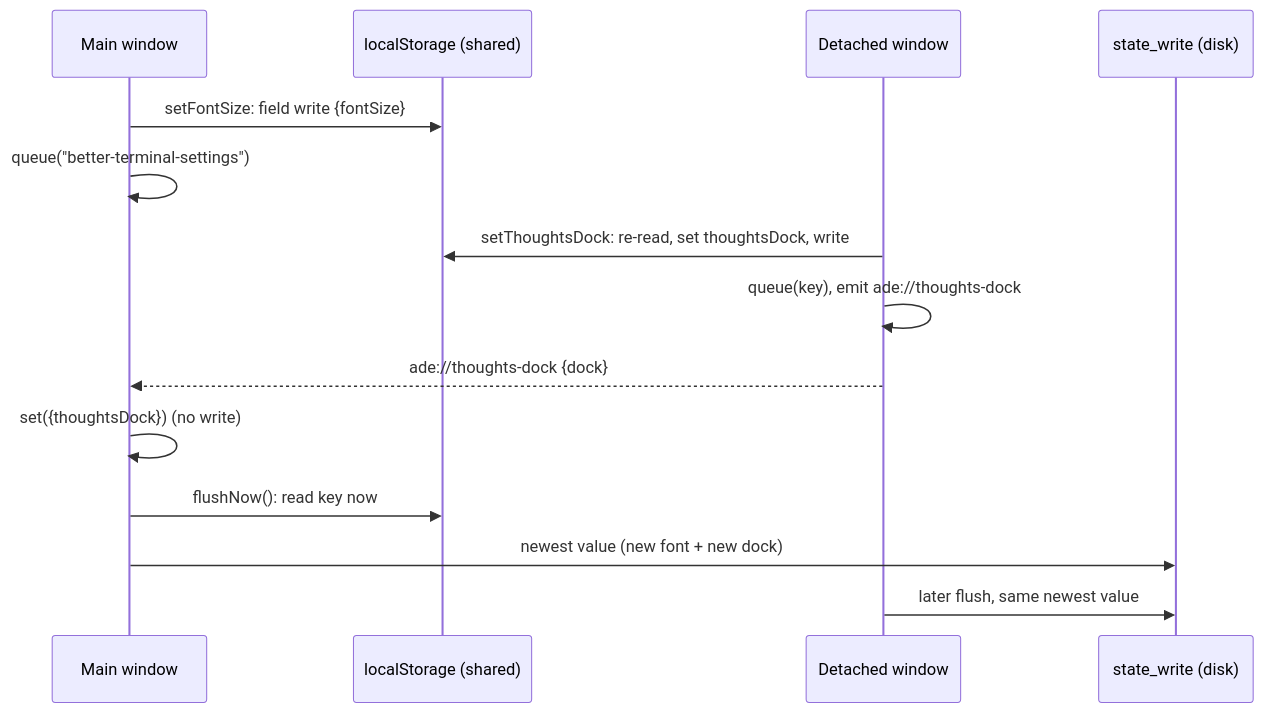
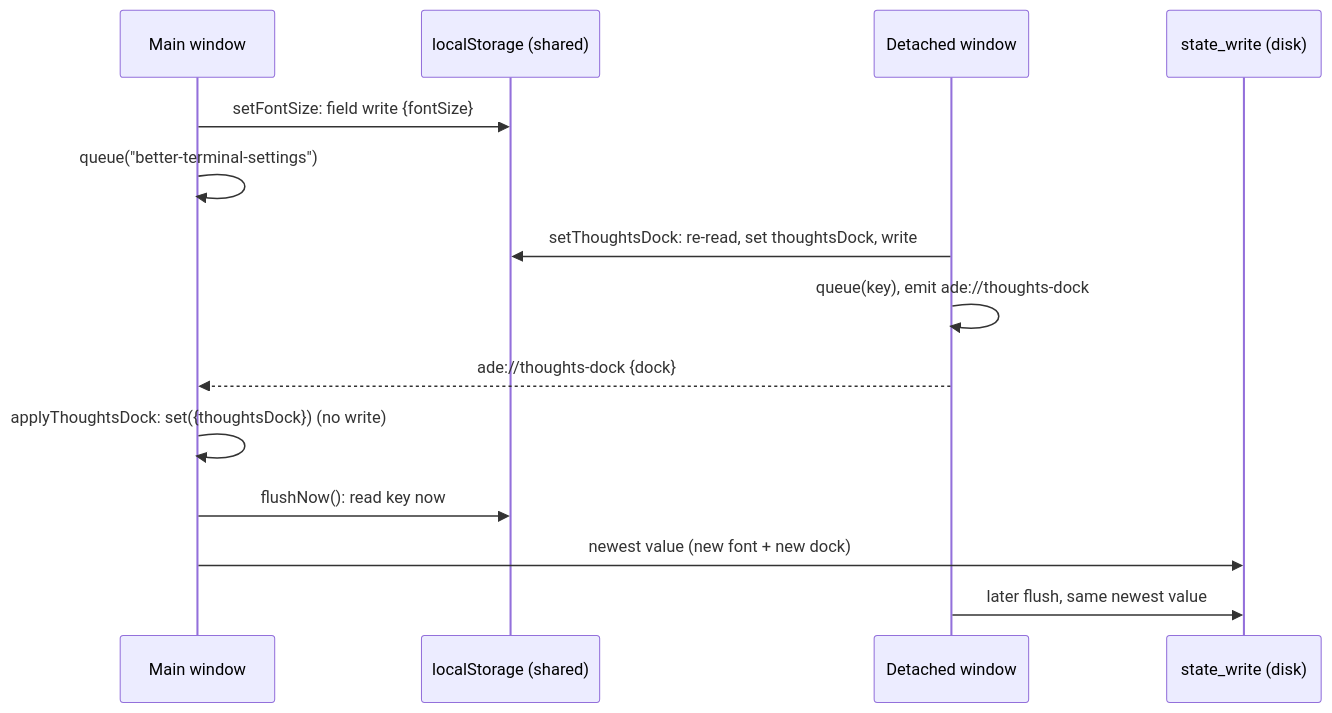
One commit to alvin-reyes/better-agentic-ide changed the first of 2 diagrams in docs/superpowers/specs/2026-11-10-thoughts-panel-architecture.md. Above: the diagram before and after it, drawn with Mermaid. The commit also changed other lines of this file and 5 other files, not shown here.

Commit message:
Design: Thoughts panel dock architecture note revision 2 (review fixes, owner's landing-order decision)

````diff
--- a/docs/superpowers/specs/2026-11-10-thoughts-panel-architecture.md
+++ b/docs/superpowers/specs/2026-11-10-thoughts-panel-architecture.md
@@ -112,16 +208,16 @@
 ```mermaid
 sequenceDiagram
   participant M as Main window
   participant LS as localStorage (shared)
   participant D as Detached window
   participant Disk as state_write (disk)
   M->>LS: setFontSize: field write {fontSize}
   M->>M: queue("better-terminal-settings")
   D->>LS: setThoughtsDock: re-read, set thoughtsDock, write
   D->>D: queue(key), emit ade://thoughts-dock
   D-->>M: ade://thoughts-dock {dock}
-  M->>M: set({thoughtsDock}) (no write)
+  M->>M: applyThoughtsDock: set({thoughtsDock}) (no write)
   M->>LS: flushNow(): read key now
   M->>Disk: newest value (new font + new dock)
   D->>Disk: later flush, same newest value
 ```
````
